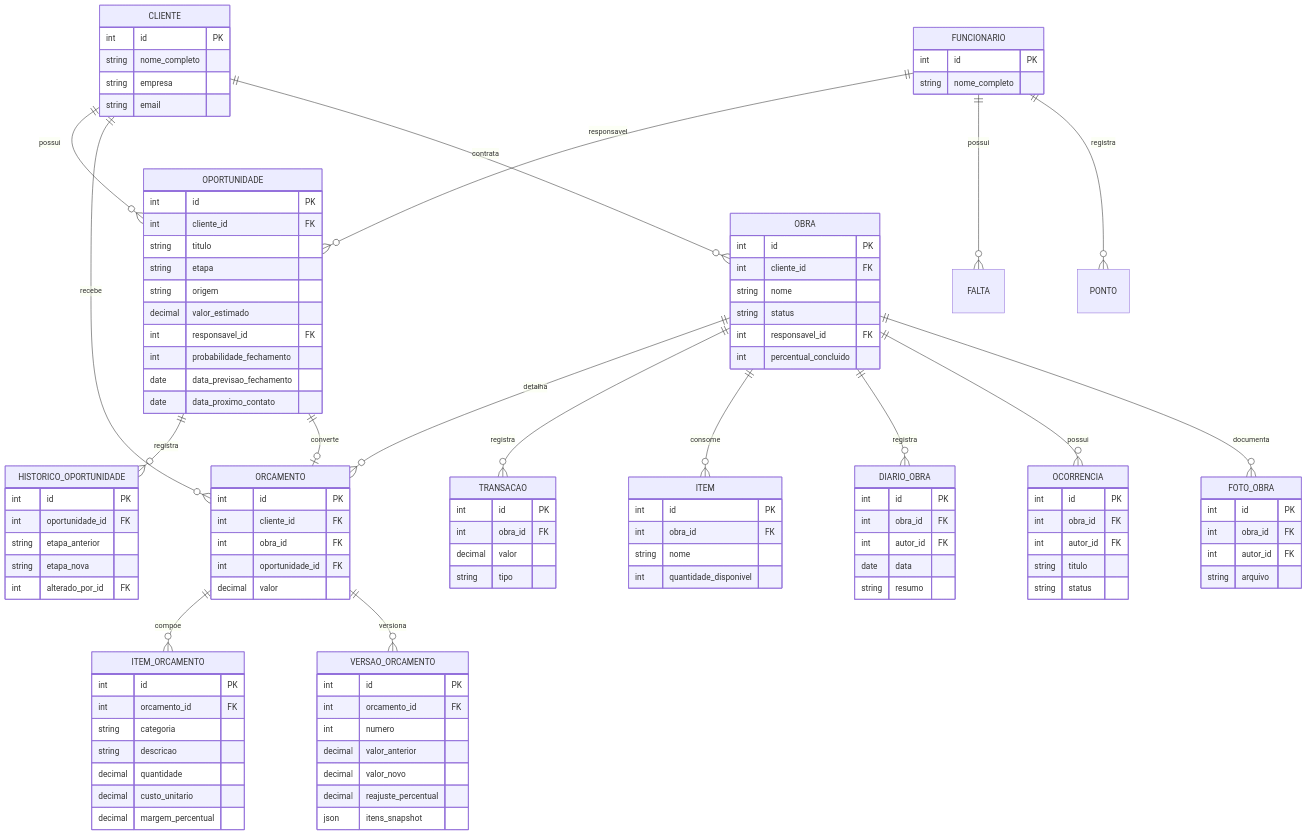
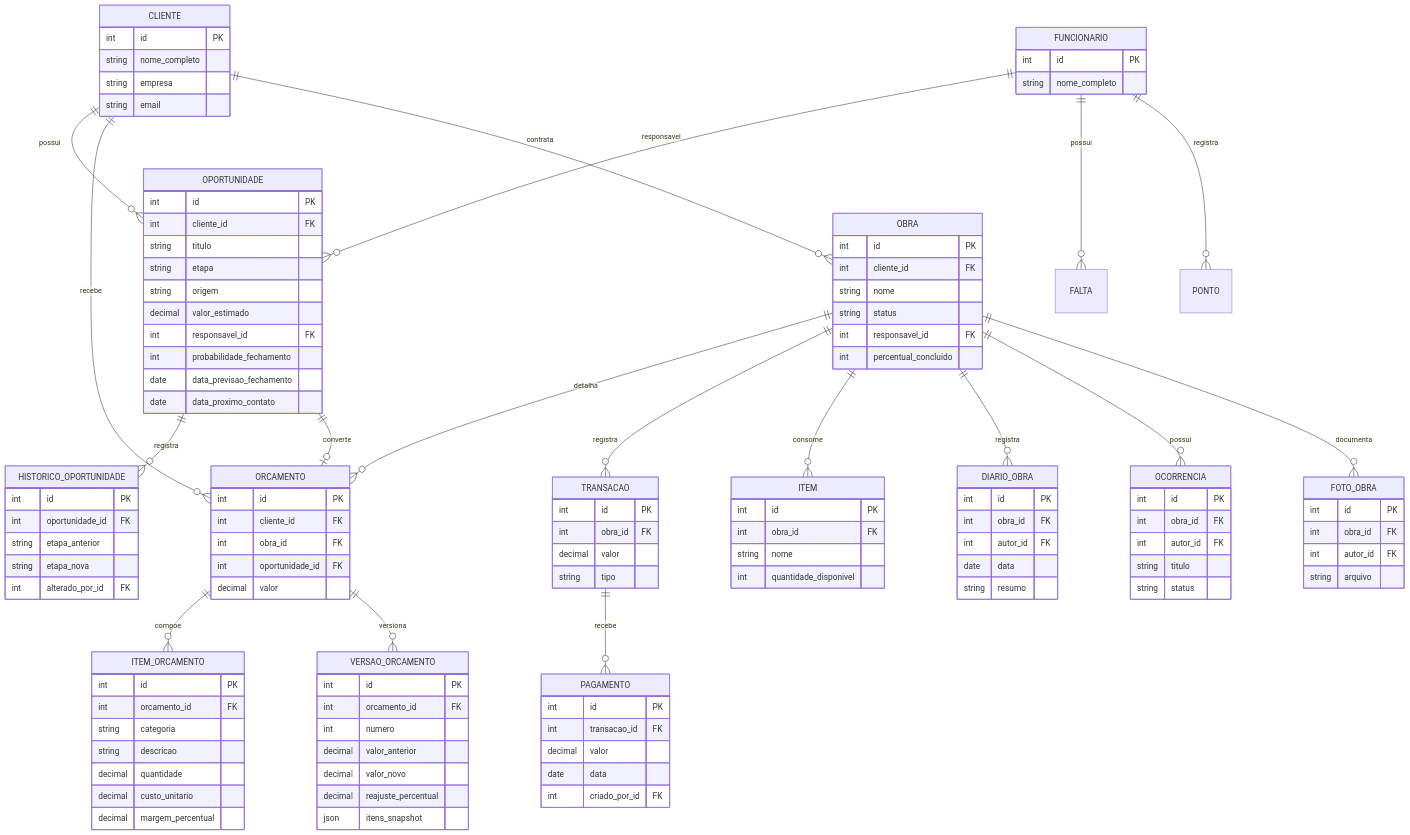
One commit to yuri-sant-nasc/CRM-Construcao-civil changed the diagram in docs/DIAGRAMA.md. Above: the diagram before and after it, drawn with Mermaid. The commit also changed 10 other files, not shown here.

```diff
--- a/docs/DIAGRAMA.md
+++ b/docs/DIAGRAMA.md
@@ -14,6 +14,7 @@
     CLIENTE ||--o{ OBRA : contrata
     OBRA ||--o{ ORCAMENTO : detalha
     OBRA ||--o{ TRANSACAO : registra
+    TRANSACAO ||--o{ PAGAMENTO : recebe
     OBRA ||--o{ ITEM : consome
     OBRA ||--o{ DIARIO_OBRA : registra
     OBRA ||--o{ OCORRENCIA : possui
@@ -109,6 +110,13 @@
         decimal valor
         string tipo
     }
+    PAGAMENTO {
+        int id PK
+        int transacao_id FK
+        decimal valor
+        date data
+        int criado_por_id FK
+    }
     ITEM {
         int id PK
         int obra_id FK
```
